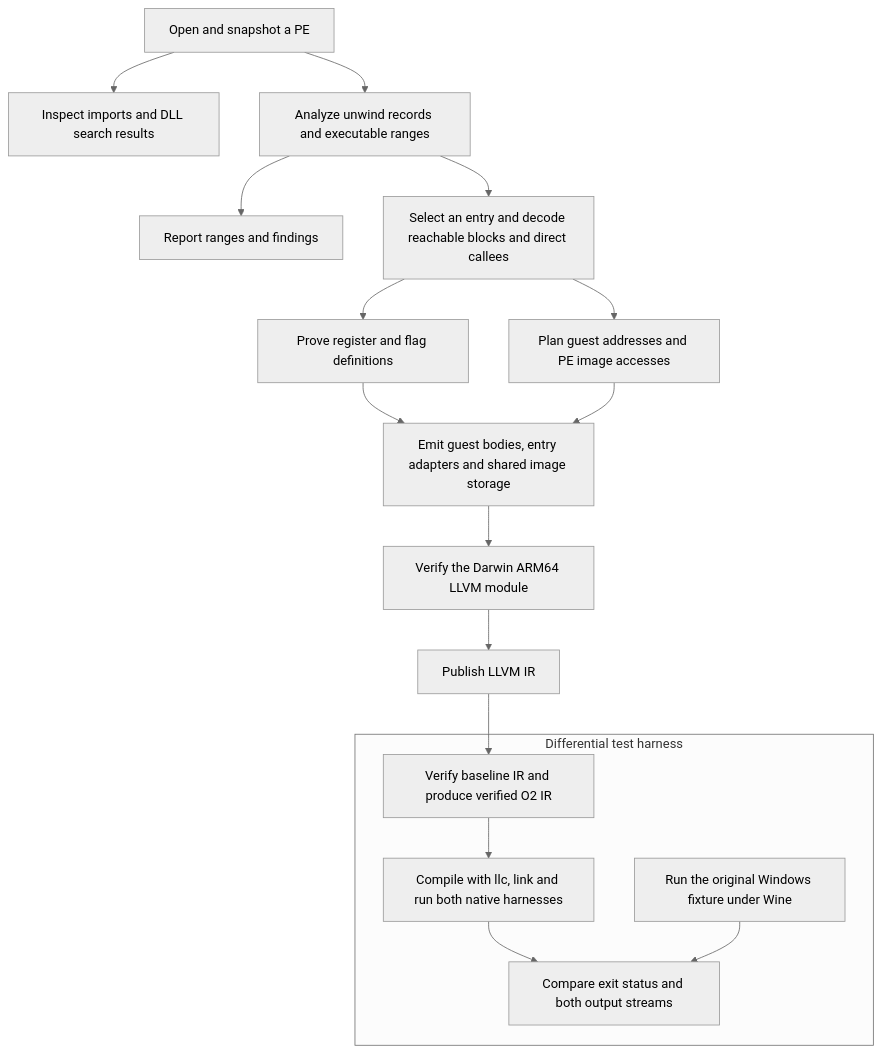
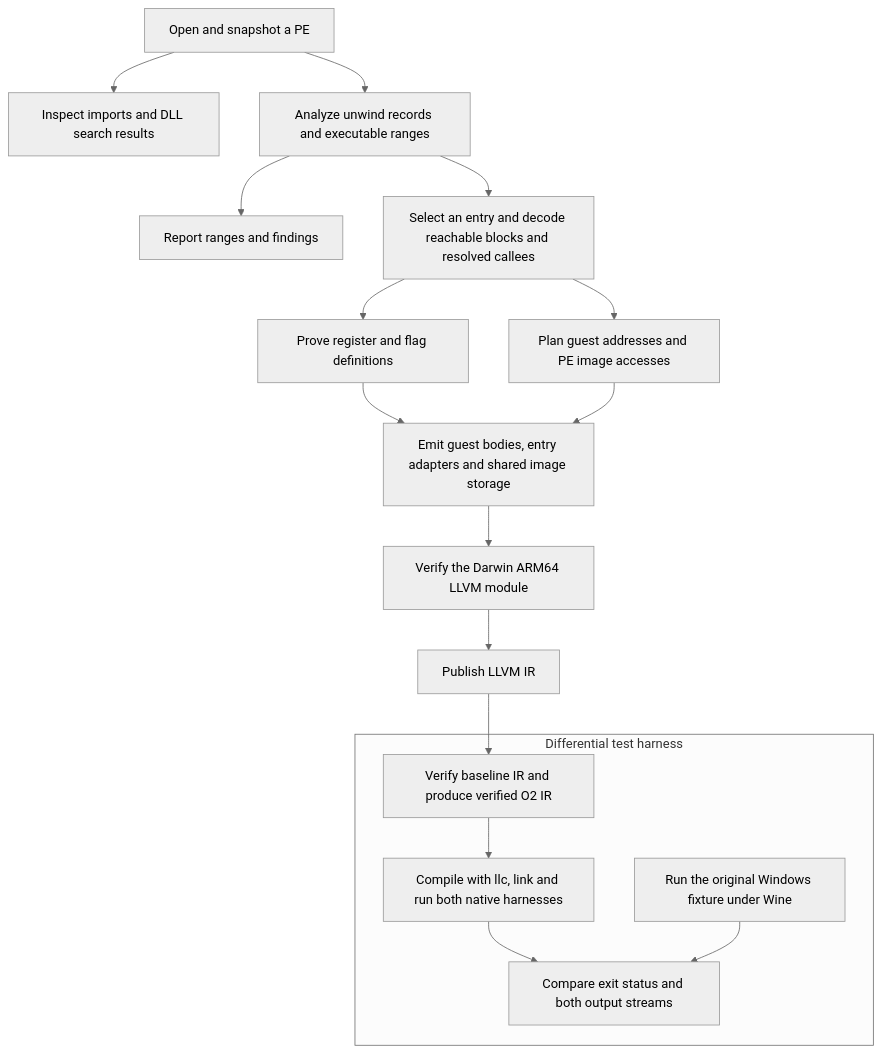
One commit to RecastIR/forge changed the diagram in docs/program-architecture.md. Above: the diagram before and after it, drawn with Mermaid (neutral theme). The commit also changed other lines of this file and 37 other files, not shown here.

````diff
--- a/docs/program-architecture.md
+++ b/docs/program-architecture.md
@@ -7,22 +7,22 @@
 ```mermaid
 flowchart TD
     input["Open and snapshot a PE"] --> inspect["Inspect imports and DLL search results"]
     input --> analysis["Analyze unwind records and executable ranges"]
     analysis --> report["Report ranges and findings"]
-    analysis --> group["Select an entry and decode reachable blocks and direct callees"]
+    analysis --> group["Select an entry and decode reachable blocks and resolved callees"]
     group --> proofs["Prove register and flag definitions"]
     group --> memory["Plan guest addresses and PE image accesses"]
     proofs --> emit["Emit guest bodies, entry adapters and shared image storage"]
     memory --> emit
     emit --> verify["Verify the Darwin ARM64 LLVM module"]
     verify --> publish["Publish LLVM IR"]
     subgraph harness["Differential test harness"]
         variants["Verify baseline IR and produce verified O2 IR"]
         native["Compile with llc, link and run both native harnesses"]
         wine["Run the original Windows fixture under Wine"]
         compare["Compare exit status and both output streams"]
         variants --> native --> compare
         wine --> compare
     end
     publish --> variants
 ```
````
